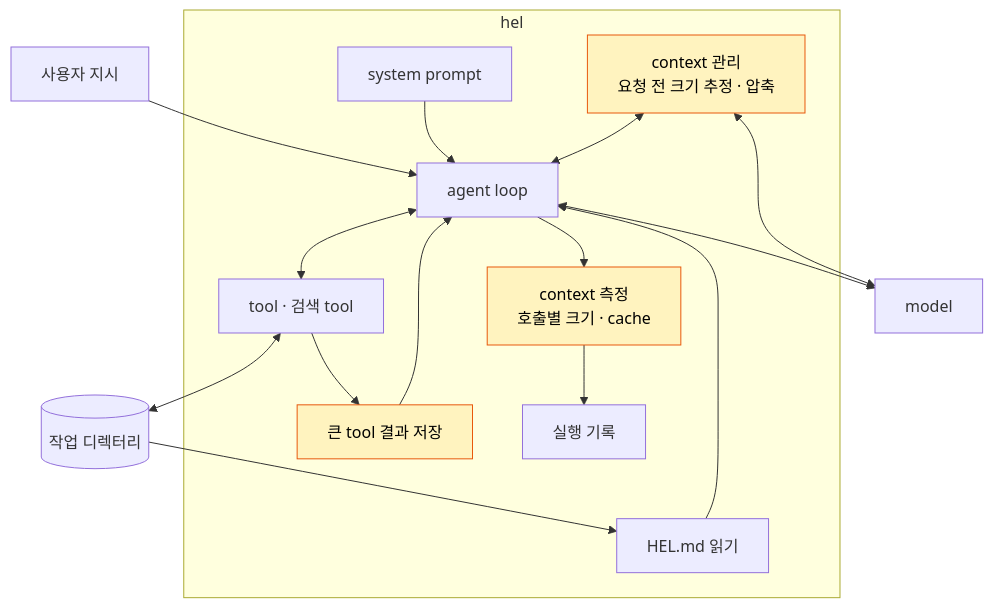
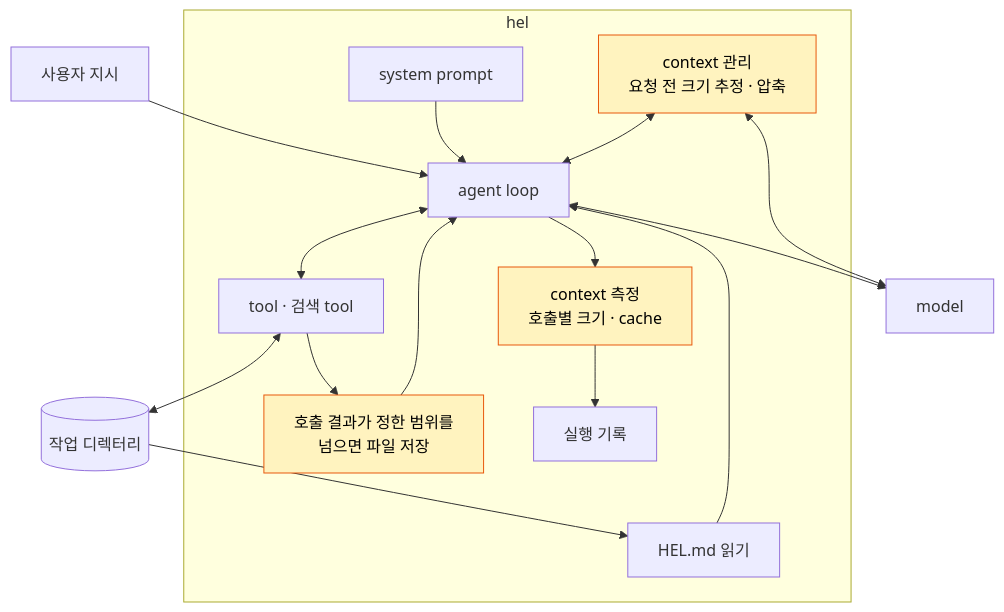
One commit to jammer-droid/HEL changed the second of 2 diagrams in guide/src/parts/part3-context.md. Above: the diagram before and after it, drawn with Mermaid. The commit also changed other lines of this file and 27 other files, not shown here.

````diff
--- a/guide/src/parts/part3-context.md
+++ b/guide/src/parts/part3-context.md
@@ -71,27 +71,27 @@
 ```mermaid
 flowchart TB
     U[사용자 지시] --> L
     subgraph H[hel]
         P[system prompt]
         C[HEL.md 읽기]
         L[agent loop]
         T[tool · 검색 tool]
         B[context 측정<br/>호출별 크기 · cache]:::new
         K[context 관리<br/>요청 전 크기 추정 · 압축]:::new
-        S[큰 tool 결과 저장]:::new
+        S[호출 결과가 정한 범위를<br/>넘으면 파일 저장]:::new
         R[실행 기록]
     end
     P --> L
     C --> L
     L <--> M[model]
     L <--> T
     T --> S
     S --> L
     L --> B
     B --> R
     K <--> L
     K <--> M
     T <--> W[(작업 디렉터리)]
     W --> C
     classDef new fill:#fff3bf,stroke:#e8590c,color:#000
 ```
````
